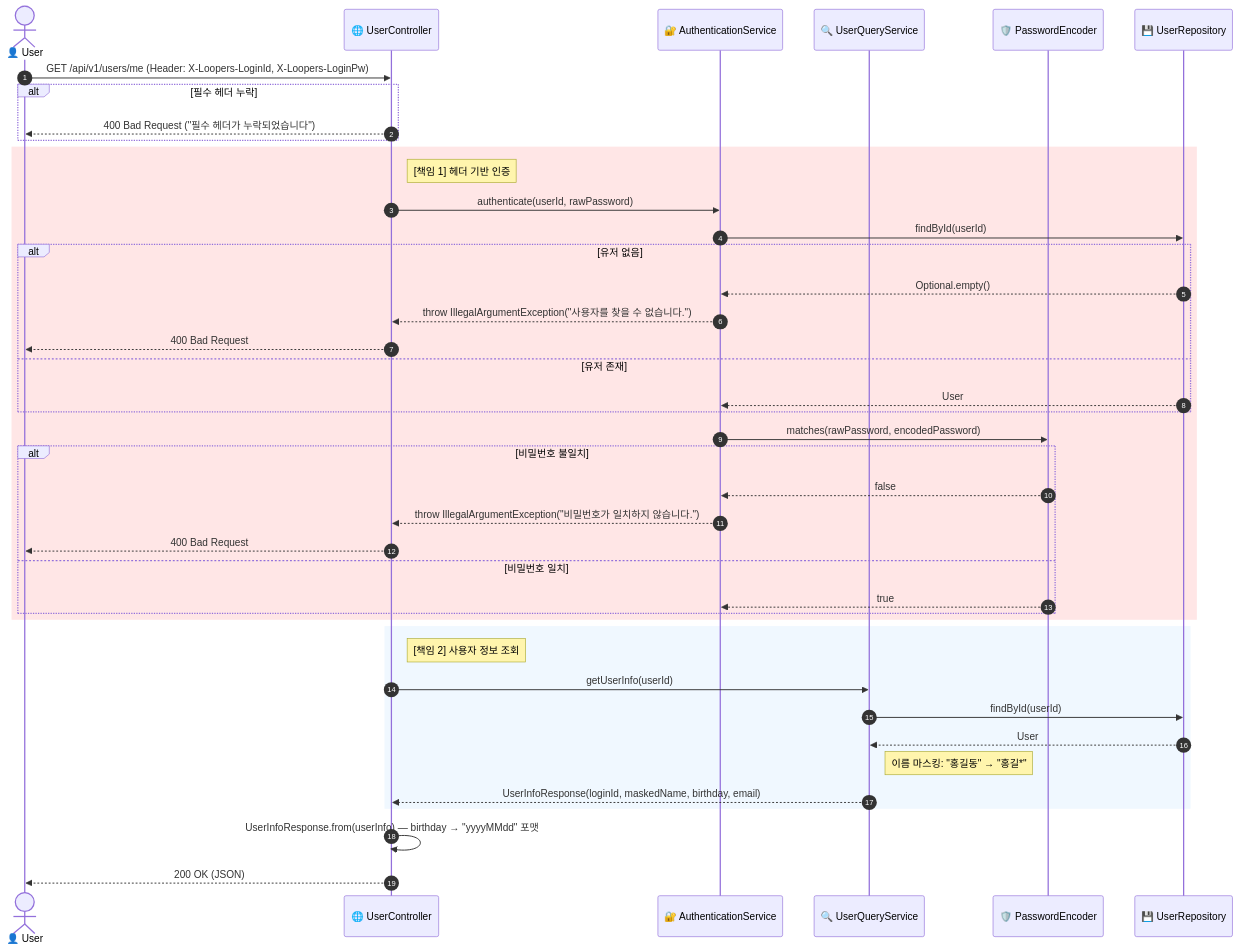
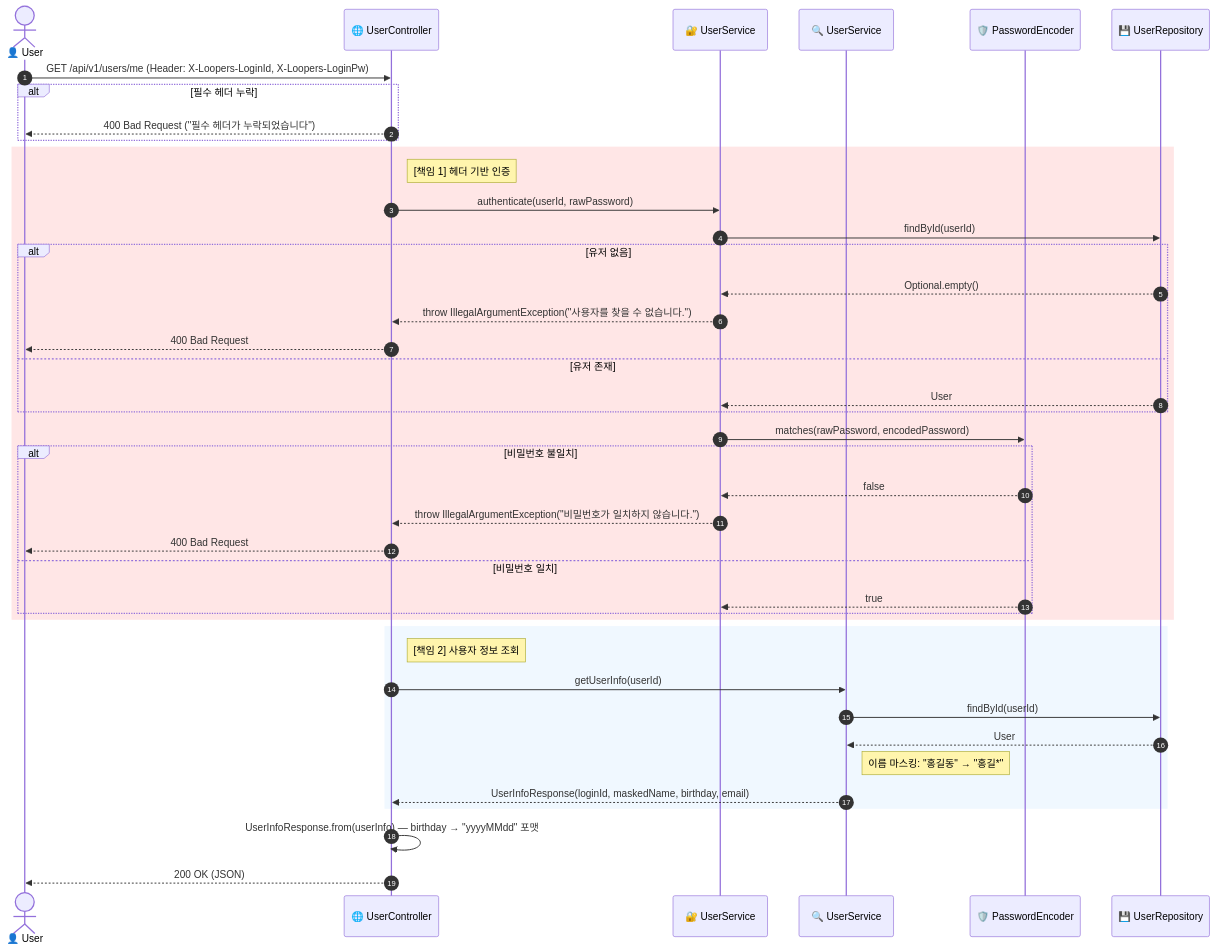
One commit to ukukdin/loop-pack-be-l2-vol3-java changed the second of 9 diagrams in .docs/design/02-sequence-diagrams.md. Above: the diagram before and after it, drawn with Mermaid. The commit also changed other lines of this file and 11 other files, not shown here.

````diff
--- a/.docs/design/02-sequence-diagrams.md
+++ b/.docs/design/02-sequence-diagrams.md
@@ -90,49 +86,49 @@
 ```mermaid
 sequenceDiagram
     autonumber
     actor User as 👤 User
     participant API as 🌐 UserController
-    participant Auth as 🔐 AuthenticationService
-    participant Query as 🔍 UserQueryService
+    participant Auth as 🔐 UserService
+    participant Query as 🔍 UserService
     participant Encoder as 🛡️ PasswordEncoder
     participant DB as 💾 UserRepository
 
     User->>API: GET /api/v1/users/me (Header: X-Loopers-LoginId, X-Loopers-LoginPw)
 
     alt 필수 헤더 누락
         API-->>User: 400 Bad Request ("필수 헤더가 누락되었습니다")
     end
 
     rect rgb(255, 230, 230)
         Note right of API: [책임 1] 헤더 기반 인증
         API->>Auth: authenticate(userId, rawPassword)
         Auth->>DB: findById(userId)
         alt 유저 없음
             DB-->>Auth: Optional.empty()
             Auth-->>API: throw IllegalArgumentException("사용자를 찾을 수 없습니다.")
             API-->>User: 400 Bad Request
         else 유저 존재
             DB-->>Auth: User
         end
         Auth->>Encoder: matches(rawPassword, encodedPassword)
         alt 비밀번호 불일치
             Encoder-->>Auth: false
             Auth-->>API: throw IllegalArgumentException("비밀번호가 일치하지 않습니다.")
             API-->>User: 400 Bad Request
         else 비밀번호 일치
             Encoder-->>Auth: true
         end
     end
 
     rect rgb(240, 248, 255)
         Note right of API: [책임 2] 사용자 정보 조회
         API->>Query: getUserInfo(userId)
         Query->>DB: findById(userId)
         DB-->>Query: User
         Note right of Query: 이름 마스킹: "홍길동" → "홍길*"
         Query-->>API: UserInfoResponse(loginId, maskedName, birthday, email)
     end
 
     API->>API: UserInfoResponse.from(userInfo) — birthday → "yyyyMMdd" 포맷
     API-->>User: 200 OK (JSON)
 ```
````
